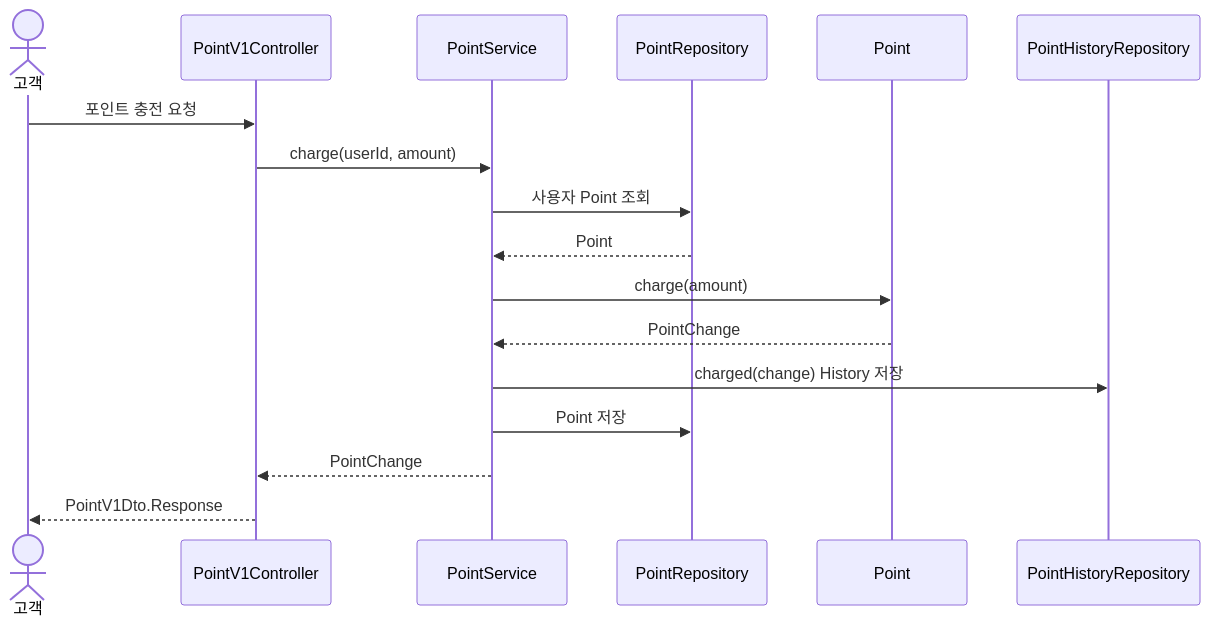
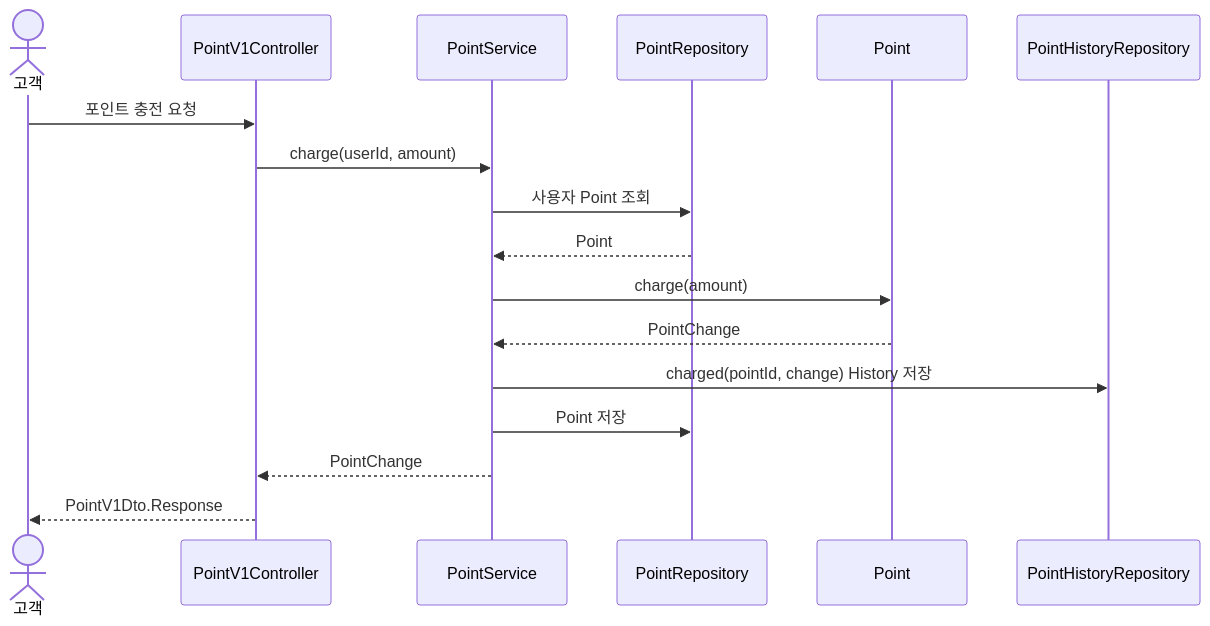
Before and after one commit to Jomeun/loop-pack-be-l2-vol5-java: the sixth of 7 diagrams in docs/week2/system-design.md, drawn with Mermaid. The commit also changed other lines of this file, not shown here.

````diff
--- a/docs/week2/system-design.md
+++ b/docs/week2/system-design.md
@@ -499,20 +501,20 @@
 ```mermaid
 sequenceDiagram
     actor Customer as 고객
     participant Controller as PointV1Controller
     participant Service as PointService
     participant PointRepository
     participant Point
     participant HistoryRepository as PointHistoryRepository
 
     Customer->>Controller: 포인트 충전 요청
     Controller->>Service: charge(userId, amount)
     Service->>PointRepository: 사용자 Point 조회
     PointRepository-->>Service: Point
     Service->>Point: charge(amount)
     Point-->>Service: PointChange
-    Service->>HistoryRepository: charged(change) History 저장
+    Service->>HistoryRepository: charged(pointId, change) History 저장
     Service->>PointRepository: Point 저장
     Service-->>Controller: PointChange
     Controller-->>Customer: PointV1Dto.Response
 ```
````
